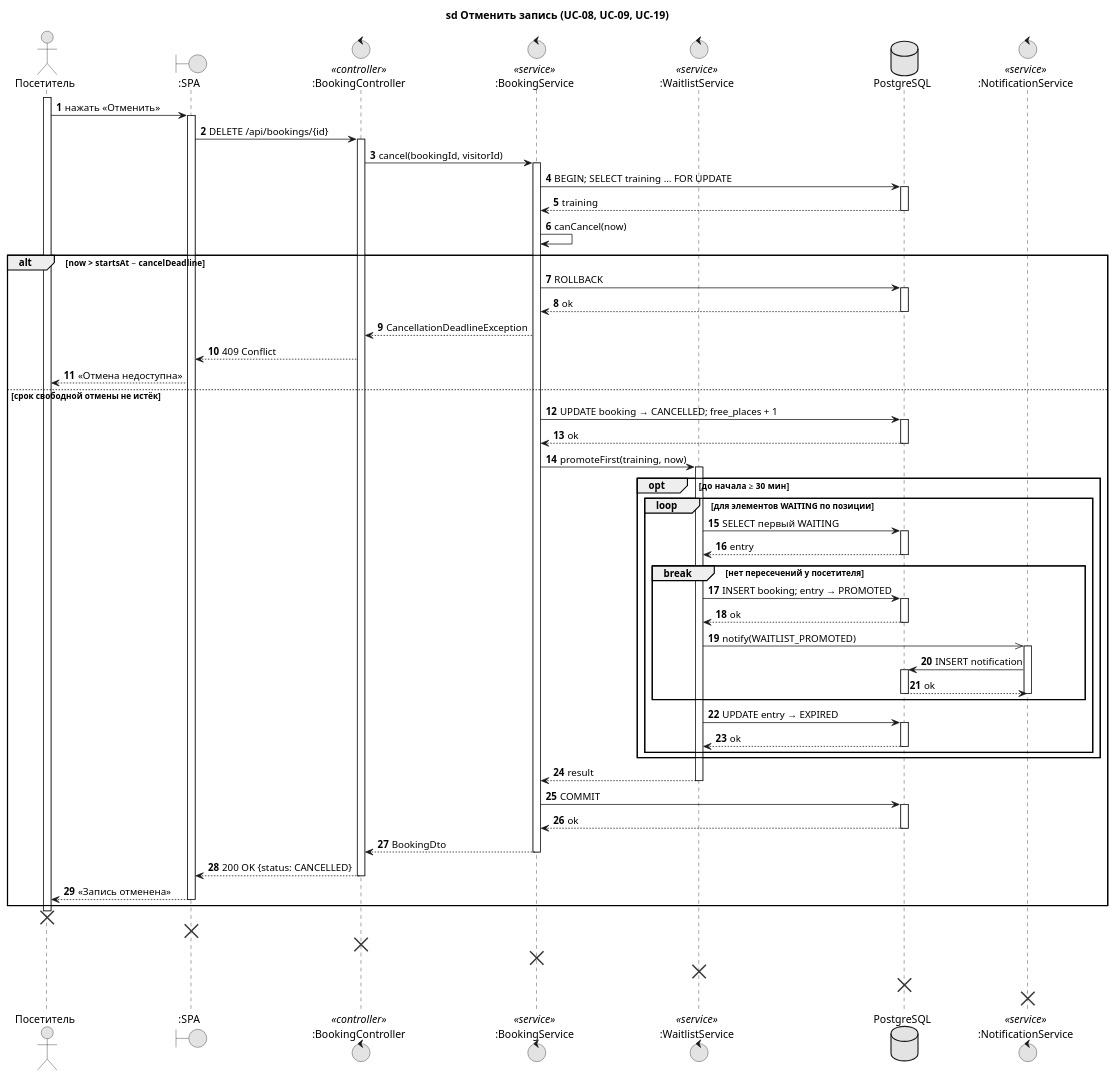
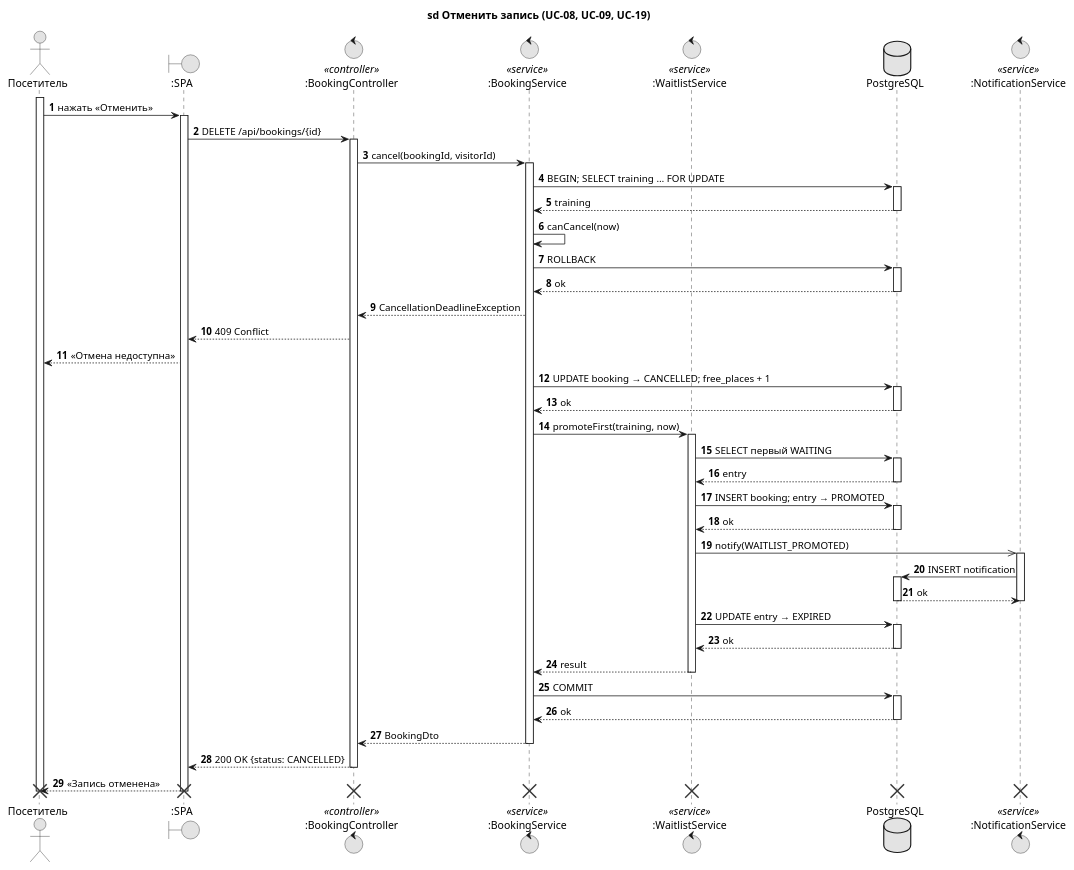
The diagram in docs/uml/diagrams/sequence-cancel.puml (BSUIR-SDLC/SDLC), drawn with PlantUML before and after one commit. The commit also changed 22 other files, not shown here.

Commit message:
docs(lab6): диаграммы классов, компонентов и развёртывания UML, SDD 0.4, ADR-0008

```diff
--- a/docs/uml/diagrams/sequence-cancel.puml
+++ b/docs/uml/diagrams/sequence-cancel.puml
@@ -1,93 +1,84 @@
 @startuml sequence-cancel
 ' Диаграмма последовательности «Отменить запись» (приложение В отчёта ЛР5, лист 2 формата А3)
 ' Прецеденты UC-08, UC-09, UC-19; REQ-FUNC-011, 021, 023; ADR-0004, ADR-0006
 
 skinparam monochrome true
 autonumber
 title sd Отменить запись (UC-08, UC-09, UC-19)
 
 actor "Посетитель" as V
 boundary ":SPA" as SPA
 control ":BookingController" as C <<controller>>
 control ":BookingService" as S <<service>>
 control ":WaitlistService" as W <<service>>
 database "PostgreSQL" as DB
 control ":NotificationService" as N <<service>>
 
 activate V
 V -> SPA : нажать «Отменить»
 activate SPA
 SPA -> C : DELETE /api/bookings/{id}
 activate C
 C -> S : cancel(bookingId, visitorId)
 activate S
 S -> DB : BEGIN; SELECT training … FOR UPDATE
 activate DB
 DB --> S : training
 deactivate DB
 S -> S : canCancel(now)
 
-alt now > startsAt − cancelDeadline
-  S -> DB : ROLLBACK
-  activate DB
-  DB --> S : ok
-  deactivate DB
-  S --> C : CancellationDeadlineException
-  C --> SPA : 409 Conflict
-  SPA --> V : «Отмена недоступна»
-else срок свободной отмены не истёк
-  S -> DB : UPDATE booking → CANCELLED; free_places + 1
-  activate DB
-  DB --> S : ok
-  deactivate DB
-  S -> W : promoteFirst(training, now)
-  activate W
-  opt до начала ≥ 30 мин
-    loop для элементов WAITING по позиции
-      W -> DB : SELECT первый WAITING
-      activate DB
-      DB --> W : entry
-      deactivate DB
-      break нет пересечений у посетителя
-        W -> DB : INSERT booking; entry → PROMOTED
-        activate DB
-        DB --> W : ok
-        deactivate DB
-        W ->> N : notify(WAITLIST_PROMOTED)
-        activate N
-        N -> DB : INSERT notification
-        activate DB
-        DB --> N : ok
-        deactivate DB
-        deactivate N
-      end
-      W -> DB : UPDATE entry → EXPIRED
-      activate DB
-      DB --> W : ok
-      deactivate DB
-    end
-  end
-  W --> S : result
-  deactivate W
-  S -> DB : COMMIT
-  activate DB
-  DB --> S : ok
-  deactivate DB
-  S --> C : BookingDto
-  deactivate S
-  C --> SPA : 200 OK {status: CANCELLED}
-  deactivate C
-  SPA --> V : «Запись отменена»
-  deactivate SPA
-end
+S -> DB : ROLLBACK
+activate DB
+DB --> S : ok
+deactivate DB
+S --> C : CancellationDeadlineException
+C --> SPA : 409 Conflict
+SPA --> V : «Отмена недоступна»
+S -> DB : UPDATE booking → CANCELLED; free_places + 1
+activate DB
+DB --> S : ok
+deactivate DB
+S -> W : promoteFirst(training, now)
+activate W
+W -> DB : SELECT первый WAITING
+activate DB
+DB --> W : entry
+deactivate DB
+W -> DB : INSERT booking; entry → PROMOTED
+activate DB
+DB --> W : ok
+deactivate DB
+W ->> N : notify(WAITLIST_PROMOTED)
+activate N
+N -> DB : INSERT notification
+activate DB
+DB --> N : ok
+deactivate DB
+deactivate N
+W -> DB : UPDATE entry → EXPIRED
+activate DB
+DB --> W : ok
+deactivate DB
+W --> S : result
+deactivate W
+S -> DB : COMMIT
+activate DB
+DB --> S : ok
+deactivate DB
+S --> C : BookingDto
+deactivate S
+C --> SPA : 200 OK {status: CANCELLED}
+deactivate C
+SPA --> V : «Запись отменена»
+deactivate SPA
 deactivate V
 
-' уничтожение линий жизни в конце взаимодействия
+' уничтожение линий жизни в конце взаимодействия (крест)
 destroy V
 destroy SPA
 destroy C
 destroy S
 destroy W
 destroy DB
 destroy N
 @enduml
```
